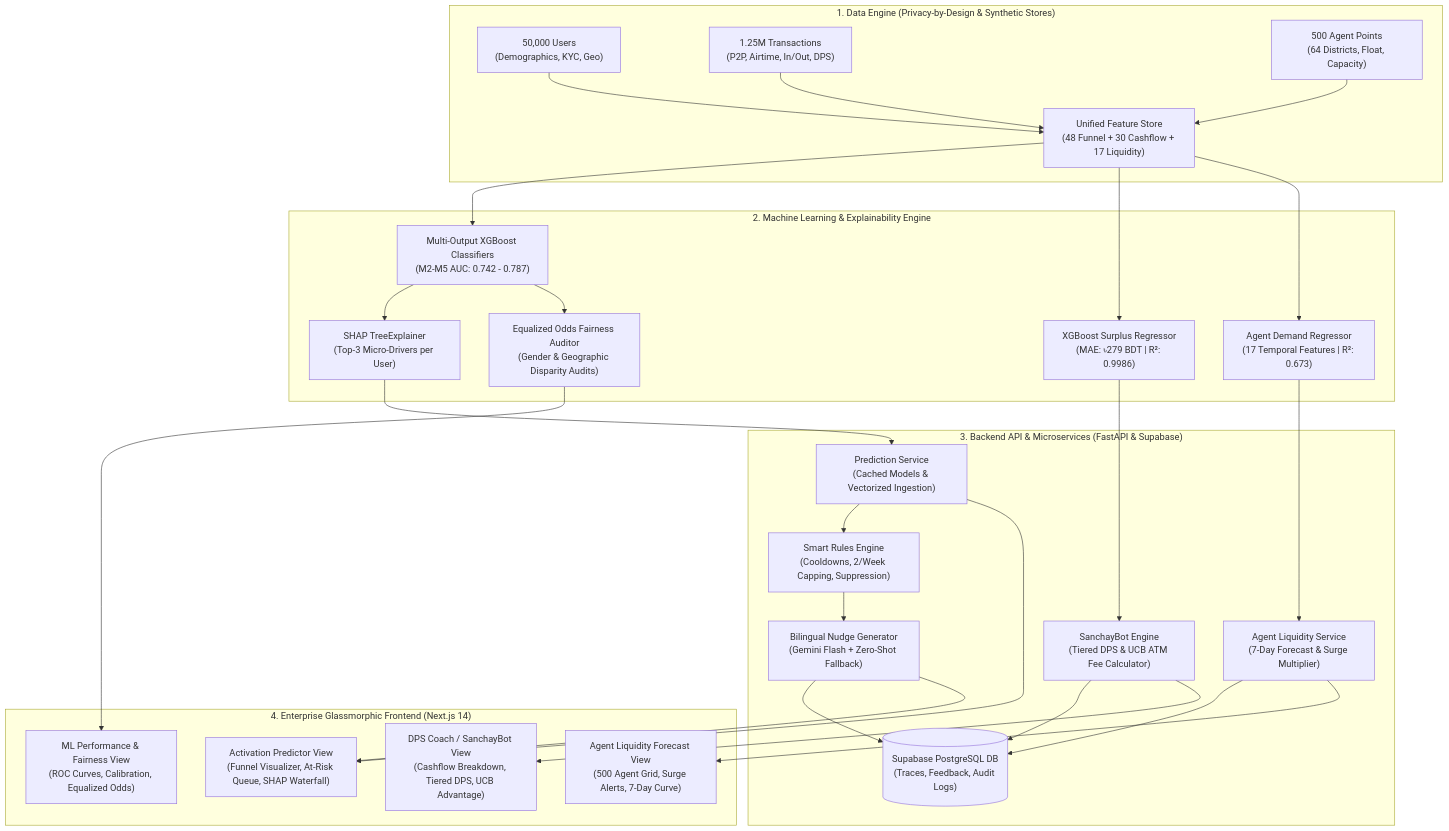
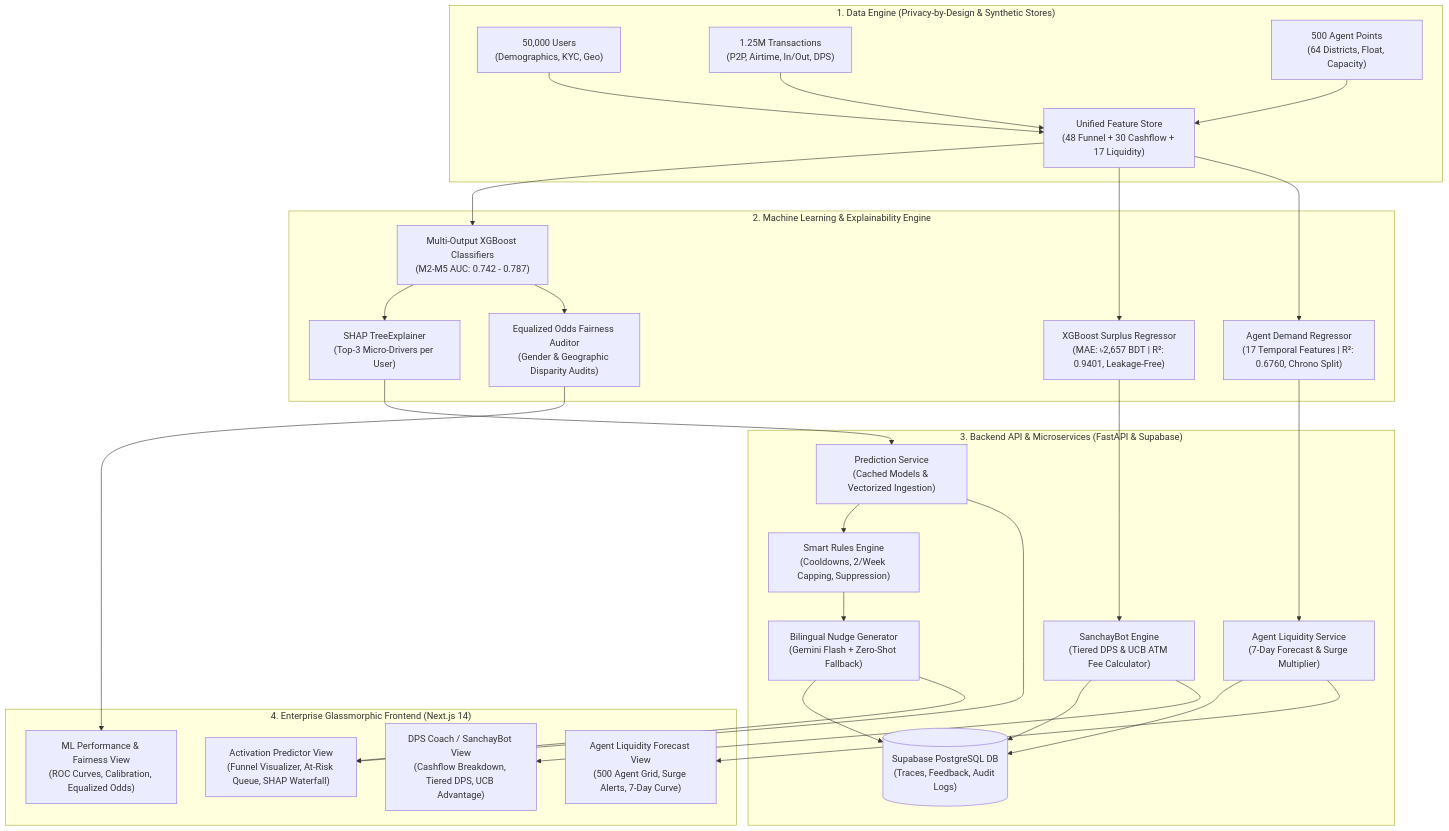
One commit to JannatMollah/Upay-Hackathon changed the second of 3 diagrams in upay-ai/README.md. Above: the diagram before and after it, drawn with Mermaid. The commit also changed other lines of this file and 28 other files, not shown here.

First line of the commit message:
feat(phase-2): address judge feedback with security hardening, leakage-free ML retraining, ablation & backtest suites

````diff
--- a/upay-ai/README.md
+++ b/upay-ai/README.md
@@ -112,54 +112,54 @@
 ```mermaid
 flowchart TB
     subgraph Layer1["1. Data Engine (Privacy-by-Design & Synthetic Stores)"]
         Users["50,000 Users<br/>(Demographics, KYC, Geo)"]
         Txns["1.25M Transactions<br/>(P2P, Airtime, In/Out, DPS)"]
         Agents["500 Agent Points<br/>(64 Districts, Float, Capacity)"]
         FeatureStore["Unified Feature Store<br/>(48 Funnel + 30 Cashflow + 17 Liquidity)"]
         Users --> FeatureStore
         Txns --> FeatureStore
         Agents --> FeatureStore
     end
 
     subgraph Layer2["2. Machine Learning & Explainability Engine"]
         XGB_Funnel["Multi-Output XGBoost Classifiers<br/>(M2-M5 AUC: 0.742 - 0.787)"]
         SHAP_Engine["SHAP TreeExplainer<br/>(Top-3 Micro-Drivers per User)"]
-        XGB_Surplus["XGBoost Surplus Regressor<br/>(MAE: ৳279 BDT | R²: 0.9986)"]
-        XGB_Liquidity["Agent Demand Regressor<br/>(17 Temporal Features | R²: 0.673)"]
+        XGB_Surplus["XGBoost Surplus Regressor<br/>(MAE: ৳2,657 BDT | R²: 0.9401, Leakage-Free)"]
+        XGB_Liquidity["Agent Demand Regressor<br/>(17 Temporal Features | R²: 0.6760, Chrono Split)"]
         Fairness_Auditor["Equalized Odds Fairness Auditor<br/>(Gender & Geographic Disparity Audits)"]
         FeatureStore --> XGB_Funnel
         FeatureStore --> XGB_Surplus
         FeatureStore --> XGB_Liquidity
         XGB_Funnel --> SHAP_Engine
         XGB_Funnel --> Fairness_Auditor
     end
 
     subgraph Layer3["3. Backend API & Microservices (FastAPI & Supabase)"]
         PredictService["Prediction Service<br/>(Cached Models & Vectorized Ingestion)"]
         RulesEngine["Smart Rules Engine<br/>(Cooldowns, 2/Week Capping, Suppression)"]
         NudgeService["Bilingual Nudge Generator<br/>(Gemini Flash + Zero-Shot Fallback)"]
         SavingsService["SanchayBot Engine<br/>(Tiered DPS & UCB ATM Fee Calculator)"]
         LiquidityService["Agent Liquidity Service<br/>(7-Day Forecast & Surge Multiplier)"]
         SupabaseDB[("Supabase PostgreSQL DB<br/>(Traces, Feedback, Audit Logs)")]
         SHAP_Engine --> PredictService
         XGB_Surplus --> SavingsService
         XGB_Liquidity --> LiquidityService
         PredictService --> RulesEngine
         RulesEngine --> NudgeService
         NudgeService --> SupabaseDB
         SavingsService --> SupabaseDB
         LiquidityService --> SupabaseDB
     end
 
     subgraph Layer4["4. Enterprise Glassmorphic Frontend (Next.js 14)"]
         DashActivation["Activation Predictor View<br/>(Funnel Visualizer, At-Risk Queue, SHAP Waterfall)"]
         DashDPS["DPS Coach / SanchayBot View<br/>(Cashflow Breakdown, Tiered DPS, UCB Advantage)"]
         DashLiquidity["Agent Liquidity Forecast View<br/>(500 Agent Grid, Surge Alerts, 7-Day Curve)"]
         DashPerformance["ML Performance & Fairness View<br/>(ROC Curves, Calibration, Equalized Odds)"]
         PredictService --> DashActivation
         NudgeService --> DashActivation
         SavingsService --> DashDPS
         LiquidityService --> DashLiquidity
         Fairness_Auditor --> DashPerformance
     end
 ```
````
